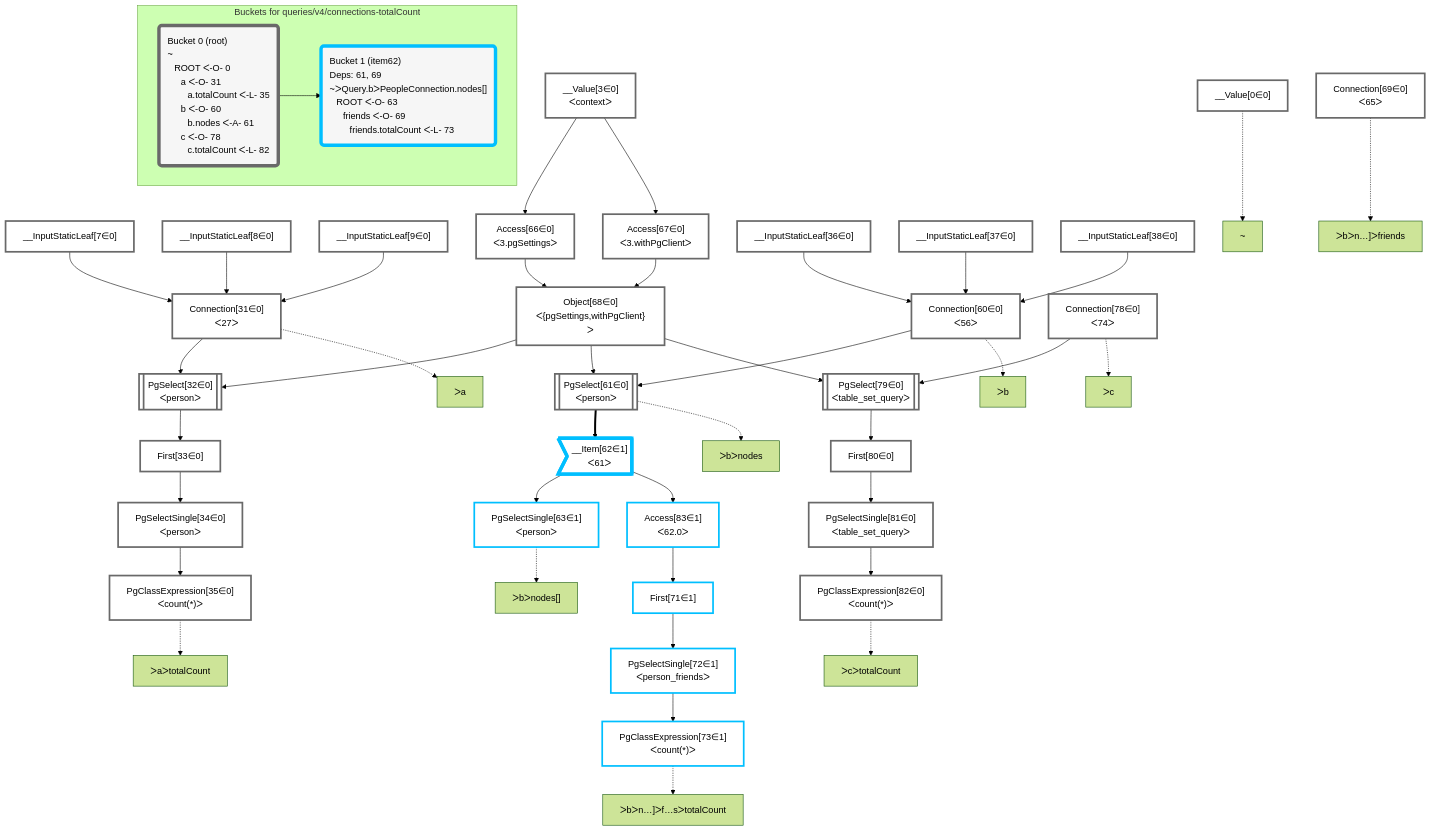
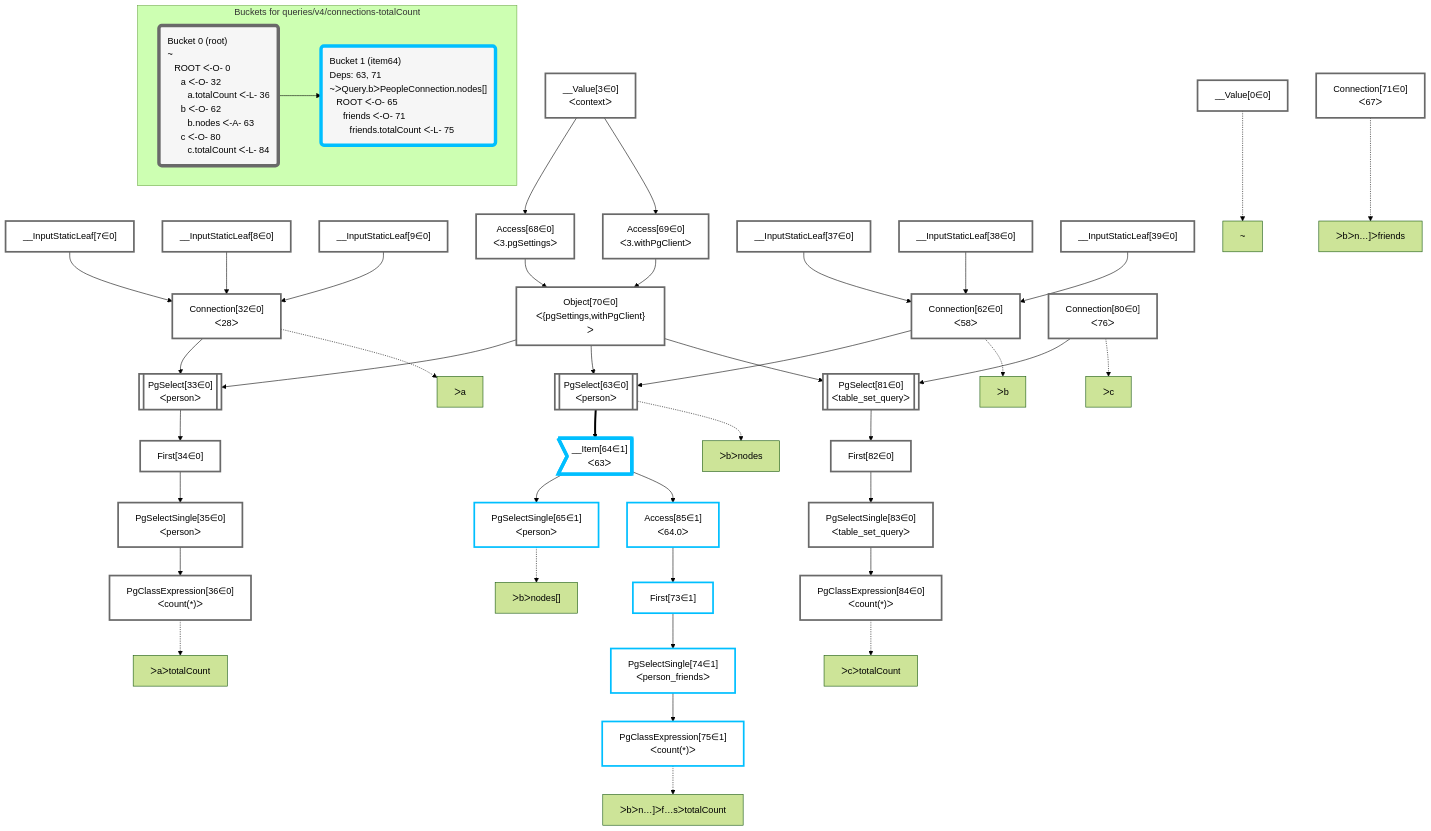
The diagram in packages/postgraphile/__tests__/queries/v4/connections-totalCount.mermaid (graphile/crystal), drawn with Mermaid (forest theme) before and after one commit. The commit also changed 6 other files, not shown here.

```diff
--- a/packages/postgraphile/__tests__/queries/v4/connections-totalCount.mermaid
+++ b/packages/postgraphile/__tests__/queries/v4/connections-totalCount.mermaid
@@ -1,93 +1,93 @@
 graph TD
     classDef path fill:#eee,stroke:#000,color:#000
     classDef plan fill:#fff,stroke-width:3px,color:#000
     classDef itemplan fill:#fff,stroke-width:6px,color:#000
     classDef sideeffectplan fill:#f00,stroke-width:6px,color:#000
     classDef bucket fill:#f6f6f6,color:#000,stroke-width:6px,text-align:left
 
 
     %% define plans
     __Value0["__Value[0∈0]"]:::plan
     __Value3["__Value[3∈0]<br />ᐸcontextᐳ"]:::plan
     __InputStaticLeaf7["__InputStaticLeaf[7∈0]"]:::plan
     __InputStaticLeaf8["__InputStaticLeaf[8∈0]"]:::plan
     __InputStaticLeaf9["__InputStaticLeaf[9∈0]"]:::plan
-    Access66["Access[66∈0]<br />ᐸ3.pgSettingsᐳ"]:::plan
-    Access67["Access[67∈0]<br />ᐸ3.withPgClientᐳ"]:::plan
-    Object68["Object[68∈0]<br />ᐸ{pgSettings,withPgClient}ᐳ"]:::plan
-    Connection31["Connection[31∈0]<br />ᐸ27ᐳ"]:::plan
-    PgSelect32[["PgSelect[32∈0]<br />ᐸpersonᐳ"]]:::plan
-    First33["First[33∈0]"]:::plan
-    PgSelectSingle34["PgSelectSingle[34∈0]<br />ᐸpersonᐳ"]:::plan
-    PgClassExpression35["PgClassExpression[35∈0]<br />ᐸcount(*)ᐳ"]:::plan
-    __InputStaticLeaf36["__InputStaticLeaf[36∈0]"]:::plan
+    Access68["Access[68∈0]<br />ᐸ3.pgSettingsᐳ"]:::plan
+    Access69["Access[69∈0]<br />ᐸ3.withPgClientᐳ"]:::plan
+    Object70["Object[70∈0]<br />ᐸ{pgSettings,withPgClient}ᐳ"]:::plan
+    Connection32["Connection[32∈0]<br />ᐸ28ᐳ"]:::plan
+    PgSelect33[["PgSelect[33∈0]<br />ᐸpersonᐳ"]]:::plan
+    First34["First[34∈0]"]:::plan
+    PgSelectSingle35["PgSelectSingle[35∈0]<br />ᐸpersonᐳ"]:::plan
+    PgClassExpression36["PgClassExpression[36∈0]<br />ᐸcount(*)ᐳ"]:::plan
     __InputStaticLeaf37["__InputStaticLeaf[37∈0]"]:::plan
     __InputStaticLeaf38["__InputStaticLeaf[38∈0]"]:::plan
-    Connection60["Connection[60∈0]<br />ᐸ56ᐳ"]:::plan
-    PgSelect61[["PgSelect[61∈0]<br />ᐸpersonᐳ"]]:::plan
-    __Item62>"__Item[62∈1]<br />ᐸ61ᐳ"]:::itemplan
-    PgSelectSingle63["PgSelectSingle[63∈1]<br />ᐸpersonᐳ"]:::plan
-    Connection69["Connection[69∈0]<br />ᐸ65ᐳ"]:::plan
-    Access83["Access[83∈1]<br />ᐸ62.0ᐳ"]:::plan
-    First71["First[71∈1]"]:::plan
-    PgSelectSingle72["PgSelectSingle[72∈1]<br />ᐸperson_friendsᐳ"]:::plan
-    PgClassExpression73["PgClassExpression[73∈1]<br />ᐸcount(*)ᐳ"]:::plan
-    Connection78["Connection[78∈0]<br />ᐸ74ᐳ"]:::plan
-    PgSelect79[["PgSelect[79∈0]<br />ᐸtable_set_queryᐳ"]]:::plan
-    First80["First[80∈0]"]:::plan
-    PgSelectSingle81["PgSelectSingle[81∈0]<br />ᐸtable_set_queryᐳ"]:::plan
-    PgClassExpression82["PgClassExpression[82∈0]<br />ᐸcount(*)ᐳ"]:::plan
+    __InputStaticLeaf39["__InputStaticLeaf[39∈0]"]:::plan
+    Connection62["Connection[62∈0]<br />ᐸ58ᐳ"]:::plan
+    PgSelect63[["PgSelect[63∈0]<br />ᐸpersonᐳ"]]:::plan
+    __Item64>"__Item[64∈1]<br />ᐸ63ᐳ"]:::itemplan
+    PgSelectSingle65["PgSelectSingle[65∈1]<br />ᐸpersonᐳ"]:::plan
+    Connection71["Connection[71∈0]<br />ᐸ67ᐳ"]:::plan
+    Access85["Access[85∈1]<br />ᐸ64.0ᐳ"]:::plan
+    First73["First[73∈1]"]:::plan
+    PgSelectSingle74["PgSelectSingle[74∈1]<br />ᐸperson_friendsᐳ"]:::plan
+    PgClassExpression75["PgClassExpression[75∈1]<br />ᐸcount(*)ᐳ"]:::plan
+    Connection80["Connection[80∈0]<br />ᐸ76ᐳ"]:::plan
+    PgSelect81[["PgSelect[81∈0]<br />ᐸtable_set_queryᐳ"]]:::plan
+    First82["First[82∈0]"]:::plan
+    PgSelectSingle83["PgSelectSingle[83∈0]<br />ᐸtable_set_queryᐳ"]:::plan
+    PgClassExpression84["PgClassExpression[84∈0]<br />ᐸcount(*)ᐳ"]:::plan
 
     %% plan dependencies
-    __Value3 --> Access66
-    __Value3 --> Access67
-    Access66 & Access67 --> Object68
-    __InputStaticLeaf7 & __InputStaticLeaf8 & __InputStaticLeaf9 --> Connection31
-    Object68 & Connection31 --> PgSelect32
-    PgSelect32 --> First33
-    First33 --> PgSelectSingle34
-    PgSelectSingle34 --> PgClassExpression35
-    __InputStaticLeaf36 & __InputStaticLeaf37 & __InputStaticLeaf38 --> Connection60
-    Object68 & Connection60 --> PgSelect61
-    PgSelect61 ==> __Item62
-    __Item62 --> PgSelectSingle63
-    __Item62 --> Access83
-    Access83 --> First71
-    First71 --> PgSelectSingle72
-    PgSelectSingle72 --> PgClassExpression73
-    Object68 & Connection78 --> PgSelect79
-    PgSelect79 --> First80
-    First80 --> PgSelectSingle81
-    PgSelectSingle81 --> PgClassExpression82
+    __Value3 --> Access68
+    __Value3 --> Access69
+    Access68 & Access69 --> Object70
+    __InputStaticLeaf7 & __InputStaticLeaf8 & __InputStaticLeaf9 --> Connection32
+    Object70 & Connection32 --> PgSelect33
+    PgSelect33 --> First34
+    First34 --> PgSelectSingle35
+    PgSelectSingle35 --> PgClassExpression36
+    __InputStaticLeaf37 & __InputStaticLeaf38 & __InputStaticLeaf39 --> Connection62
+    Object70 & Connection62 --> PgSelect63
+    PgSelect63 ==> __Item64
+    __Item64 --> PgSelectSingle65
+    __Item64 --> Access85
+    Access85 --> First73
+    First73 --> PgSelectSingle74
+    PgSelectSingle74 --> PgClassExpression75
+    Object70 & Connection80 --> PgSelect81
+    PgSelect81 --> First82
+    First82 --> PgSelectSingle83
+    PgSelectSingle83 --> PgClassExpression84
 
     %% plan-to-path relationships
     P0["~"]
     __Value0 -.-> P0
-    P31["ᐳa"]
-    Connection31 -.-> P31
-    P35["ᐳaᐳtotalCount"]
-    PgClassExpression35 -.-> P35
-    P60["ᐳb"]
-    Connection60 -.-> P60
-    P61["ᐳbᐳnodes"]
-    PgSelect61 -.-> P61
-    P63["ᐳbᐳnodes[]"]
-    PgSelectSingle63 -.-> P63
-    P69["ᐳbᐳn…]ᐳfriends"]
-    Connection69 -.-> P69
-    P73["ᐳbᐳn…]ᐳf…sᐳtotalCount"]
-    PgClassExpression73 -.-> P73
-    P78["ᐳc"]
-    Connection78 -.-> P78
-    P82["ᐳcᐳtotalCount"]
-    PgClassExpression82 -.-> P82
+    P32["ᐳa"]
+    Connection32 -.-> P32
+    P36["ᐳaᐳtotalCount"]
+    PgClassExpression36 -.-> P36
+    P62["ᐳb"]
+    Connection62 -.-> P62
+    P63["ᐳbᐳnodes"]
+    PgSelect63 -.-> P63
+    P65["ᐳbᐳnodes[]"]
+    PgSelectSingle65 -.-> P65
+    P71["ᐳbᐳn…]ᐳfriends"]
+    Connection71 -.-> P71
+    P75["ᐳbᐳn…]ᐳf…sᐳtotalCount"]
+    PgClassExpression75 -.-> P75
+    P80["ᐳc"]
+    Connection80 -.-> P80
+    P84["ᐳcᐳtotalCount"]
+    PgClassExpression84 -.-> P84
 
     subgraph "Buckets for queries/v4/connections-totalCount"
-    Bucket0("Bucket 0 (root)<br />~<br />⠀ROOT ᐸ-O- 0<br />⠀⠀a ᐸ-O- 31<br />⠀⠀⠀a.totalCount ᐸ-L- 35<br />⠀⠀b ᐸ-O- 60<br />⠀⠀⠀b.nodes ᐸ-A- 61<br />⠀⠀c ᐸ-O- 78<br />⠀⠀⠀c.totalCount ᐸ-L- 82"):::bucket
+    Bucket0("Bucket 0 (root)<br />~<br />⠀ROOT ᐸ-O- 0<br />⠀⠀a ᐸ-O- 32<br />⠀⠀⠀a.totalCount ᐸ-L- 36<br />⠀⠀b ᐸ-O- 62<br />⠀⠀⠀b.nodes ᐸ-A- 63<br />⠀⠀c ᐸ-O- 80<br />⠀⠀⠀c.totalCount ᐸ-L- 84"):::bucket
     classDef bucket0 stroke:#696969
-    class Bucket0,__Value0,__Value3,__InputStaticLeaf7,__InputStaticLeaf8,__InputStaticLeaf9,Connection31,PgSelect32,First33,PgSelectSingle34,PgClassExpression35,__InputStaticLeaf36,__InputStaticLeaf37,__InputStaticLeaf38,Connection60,PgSelect61,Access66,Access67,Object68,Connection69,Connection78,PgSelect79,First80,PgSelectSingle81,PgClassExpression82 bucket0
-    Bucket1("Bucket 1 (item62)<br />Deps: 61, 69<br />~ᐳQuery.bᐳPeopleConnection.nodes[]<br />⠀ROOT ᐸ-O- 63<br />⠀⠀friends ᐸ-O- 69<br />⠀⠀⠀friends.totalCount ᐸ-L- 73"):::bucket
+    class Bucket0,__Value0,__Value3,__InputStaticLeaf7,__InputStaticLeaf8,__InputStaticLeaf9,Connection32,PgSelect33,First34,PgSelectSingle35,PgClassExpression36,__InputStaticLeaf37,__InputStaticLeaf38,__InputStaticLeaf39,Connection62,PgSelect63,Access68,Access69,Object70,Connection71,Connection80,PgSelect81,First82,PgSelectSingle83,PgClassExpression84 bucket0
+    Bucket1("Bucket 1 (item64)<br />Deps: 63, 71<br />~ᐳQuery.bᐳPeopleConnection.nodes[]<br />⠀ROOT ᐸ-O- 65<br />⠀⠀friends ᐸ-O- 71<br />⠀⠀⠀friends.totalCount ᐸ-L- 75"):::bucket
     classDef bucket1 stroke:#00bfff
-    class Bucket1,__Item62,PgSelectSingle63,First71,PgSelectSingle72,PgClassExpression73,Access83 bucket1
+    class Bucket1,__Item64,PgSelectSingle65,First73,PgSelectSingle74,PgClassExpression75,Access85 bucket1
     Bucket0 --> Bucket1
     end
```
